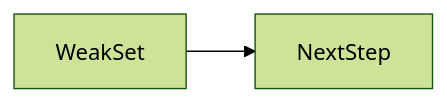
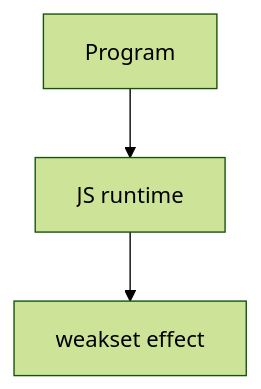
The second of 2 diagrams in docs/en/06-javascript/weakset/index.md (OmidJavaherii/Frontend-Engineering-Handbook), drawn with Mermaid (forest theme) before and after one commit. The commit also changed other lines of this file and 461 other files, not shown here.

````diff
--- a/docs/en/06-javascript/weakset/index.md
+++ b/docs/en/06-javascript/weakset/index.md
@@ -95,4 +110,5 @@
 ```mermaid
-flowchart LR
-  concept[WeakSet] --> nextStep[NextStep]
+flowchart TD
+  Code[Program] --> Runtime[JS runtime]
+  Runtime --> Effect[weakset effect]
 ```
````
